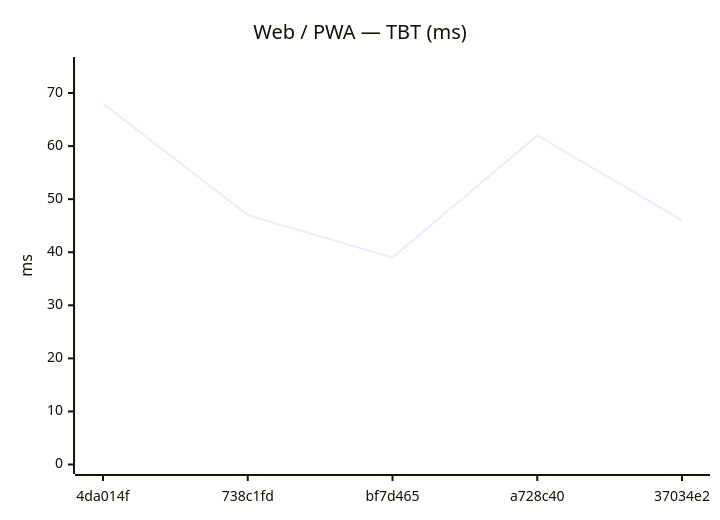
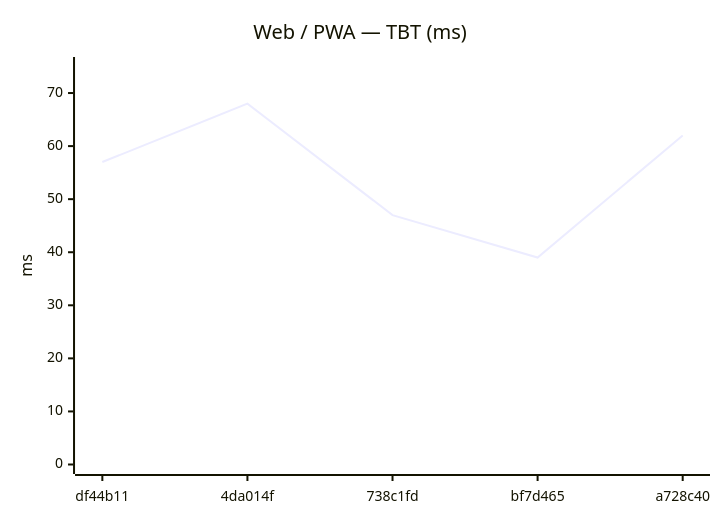
One commit to Metaheurist/Rianell changed the tenth of 24 diagrams in benchmarks/compare.md. Above: the diagram before and after it, drawn with Mermaid. The commit also changed other lines of this file and 12 other files, not shown here.

````diff
--- a/benchmarks/compare.md
+++ b/benchmarks/compare.md
@@ -151,7 +151,7 @@
 ```mermaid
 xychart-beta
     title "Web / PWA — TBT (ms)"
-    x-axis ["4da014f", "738c1fd", "bf7d465", "a728c40", "37034e2"]
+    x-axis ["df44b11", "4da014f", "738c1fd", "bf7d465", "a728c40"]
     y-axis "ms" 0 --> 75
-    line [68, 47, 39, 62, 46]
+    line [57, 68, 47, 39, 62]
 ```
````
